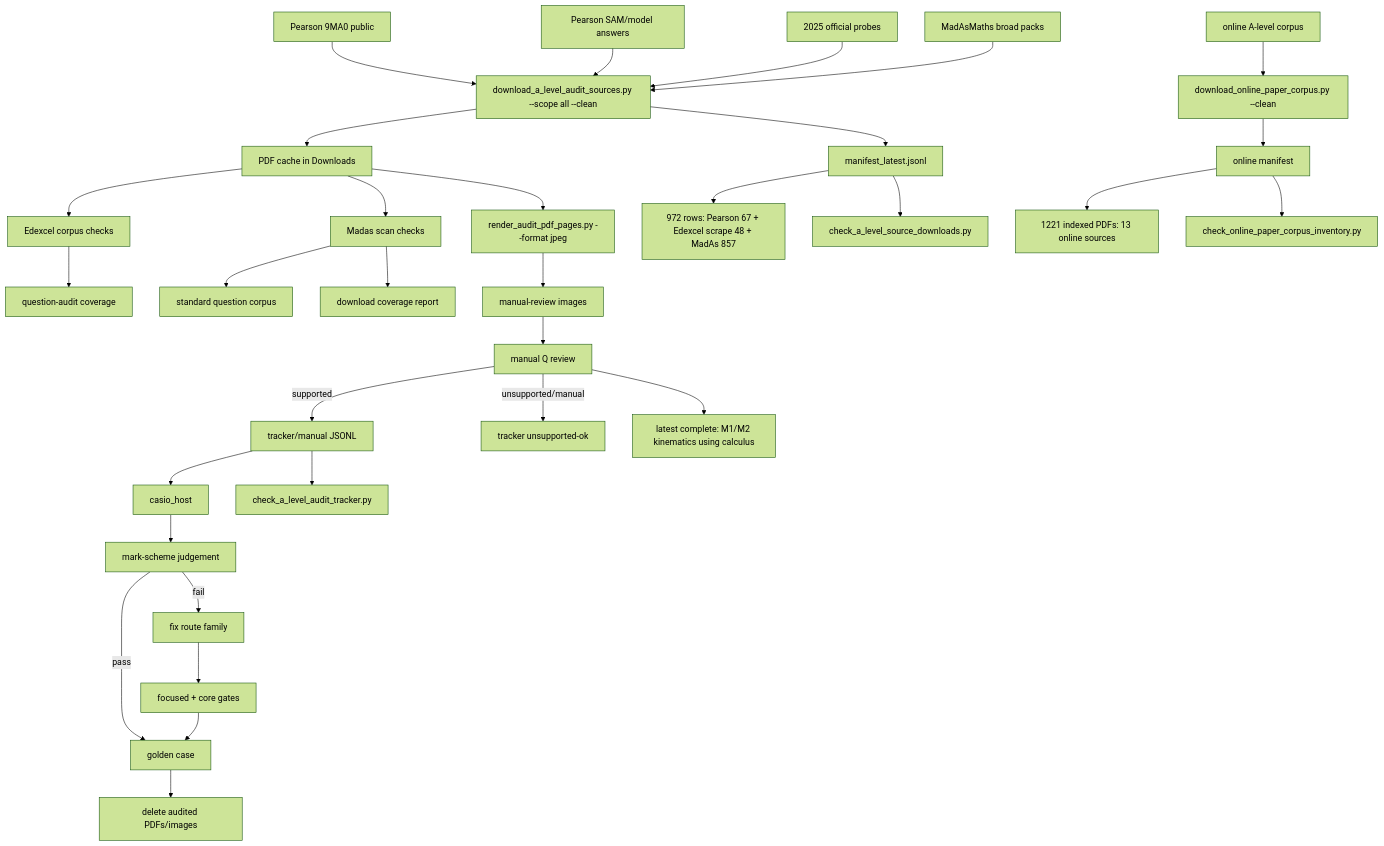
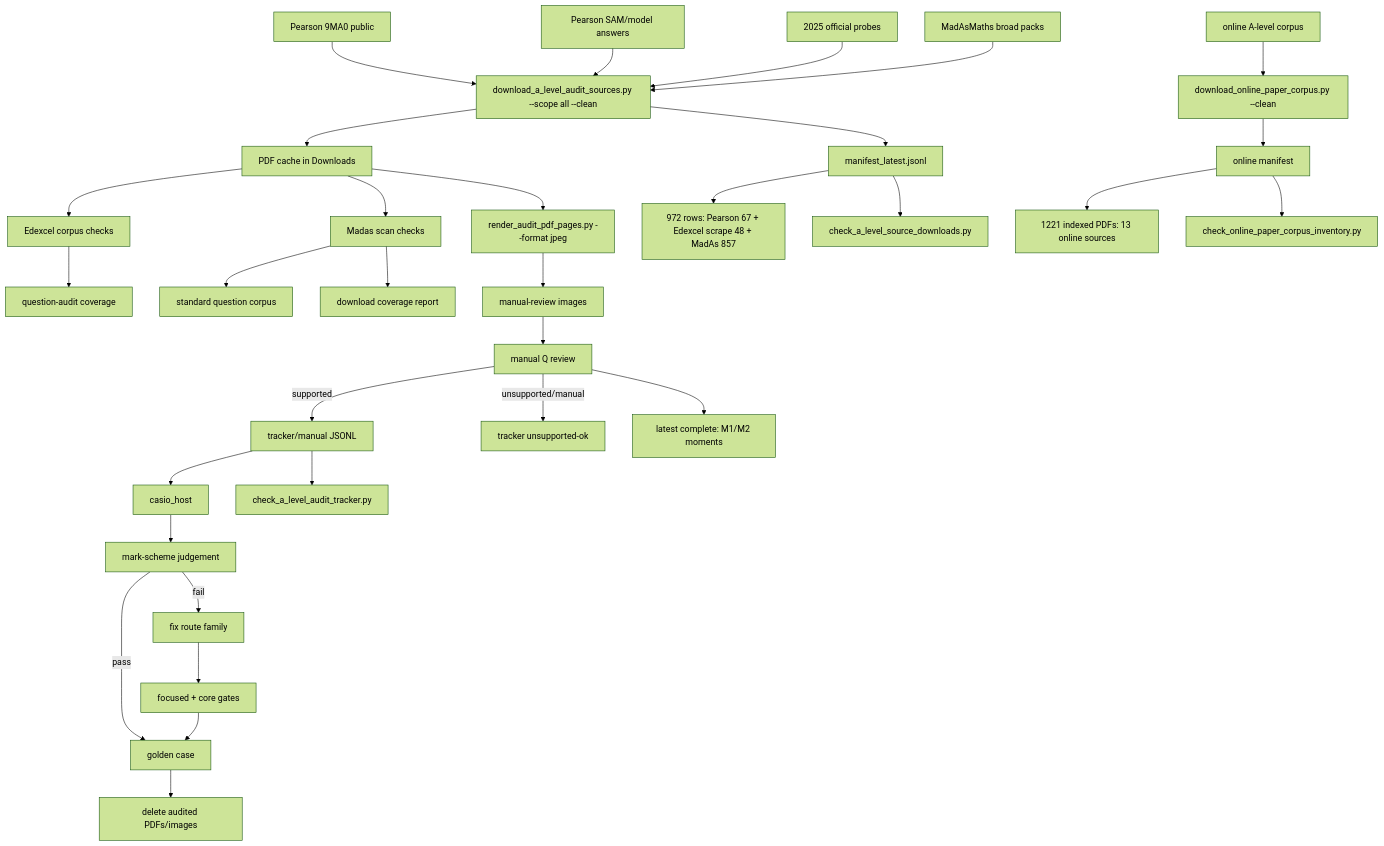
Before and after one commit to james8464/notes-addin-casio-fx-cg50: the diagram in c++/tools/golden/a_level_audit_graph.md, drawn with Mermaid (forest theme). The commit also changed other lines of this file and 2 other files, not shown here.

Commit message:
Audit M1 M2 moments booklet

````diff
--- a/c++/tools/golden/a_level_audit_graph.md
+++ b/c++/tools/golden/a_level_audit_graph.md
@@ -3,34 +3,34 @@
 ```mermaid
 graph TD
   E1["Pearson 9MA0 public"] --> D["download_a_level_audit_sources.py --scope all --clean"]
   E2["Pearson SAM/model answers"] --> D
   E3["2025 official probes"] --> D
   M1["MadAsMaths broad packs"] --> D
   O1["online A-level corpus"] --> OD["download_online_paper_corpus.py --clean"]
   D --> P["PDF cache in Downloads"]
   D --> X["manifest_latest.jsonl"]
   OD --> OX["online manifest"]
   X --> XC["972 rows: Pearson 67 + Edexcel scrape 48 + MadAs 857"]
   OX --> OC["1221 indexed PDFs: 13 online sources"]
   X --> V["check_a_level_source_downloads.py"]
   OX --> OV["check_online_paper_corpus_inventory.py"]
   P --> E["Edexcel corpus checks"]
   E --> EQ["question-audit coverage"]
   P --> S["Madas scan checks"]
   S --> M["standard question corpus"]
   S --> MC["download coverage report"]
   P --> R["render_audit_pdf_pages.py --format jpeg"]
   R --> I["manual-review images"]
   I --> Q["manual Q review"]
   Q -->|supported| J["tracker/manual JSONL"]
   Q -->|unsupported/manual| U["tracker unsupported-ok"]
   J --> H["casio_host"]
   J --> K["check_a_level_audit_tracker.py"]
   H --> C["mark-scheme judgement"]
   C -->|pass| G["golden case"]
   C -->|fail| F["fix route family"]
   F --> T["focused + core gates"]
   T --> G
   G --> Z["delete audited PDFs/images"]
-  Q --> Qt["latest complete: M1/M2 kinematics using calculus"]
+  Q --> Qt["latest complete: M1/M2 moments"]
 ```
````
